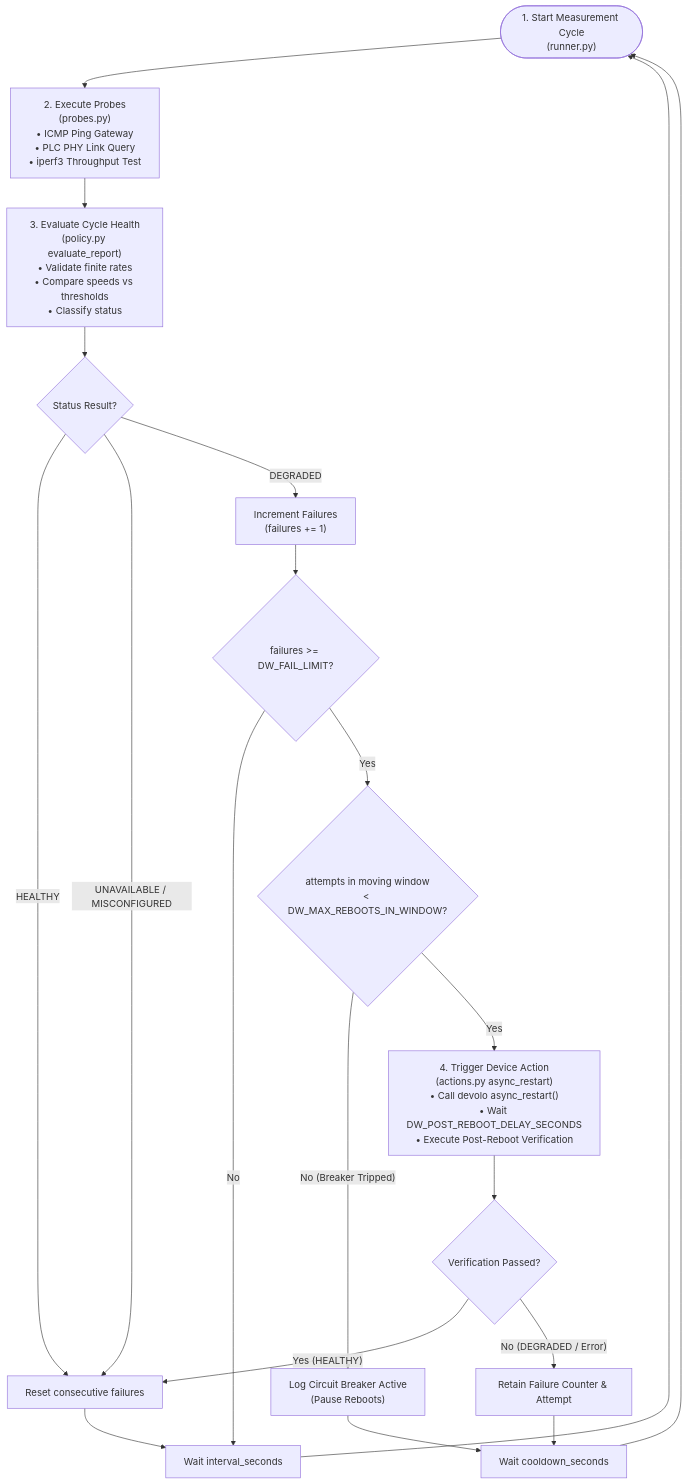
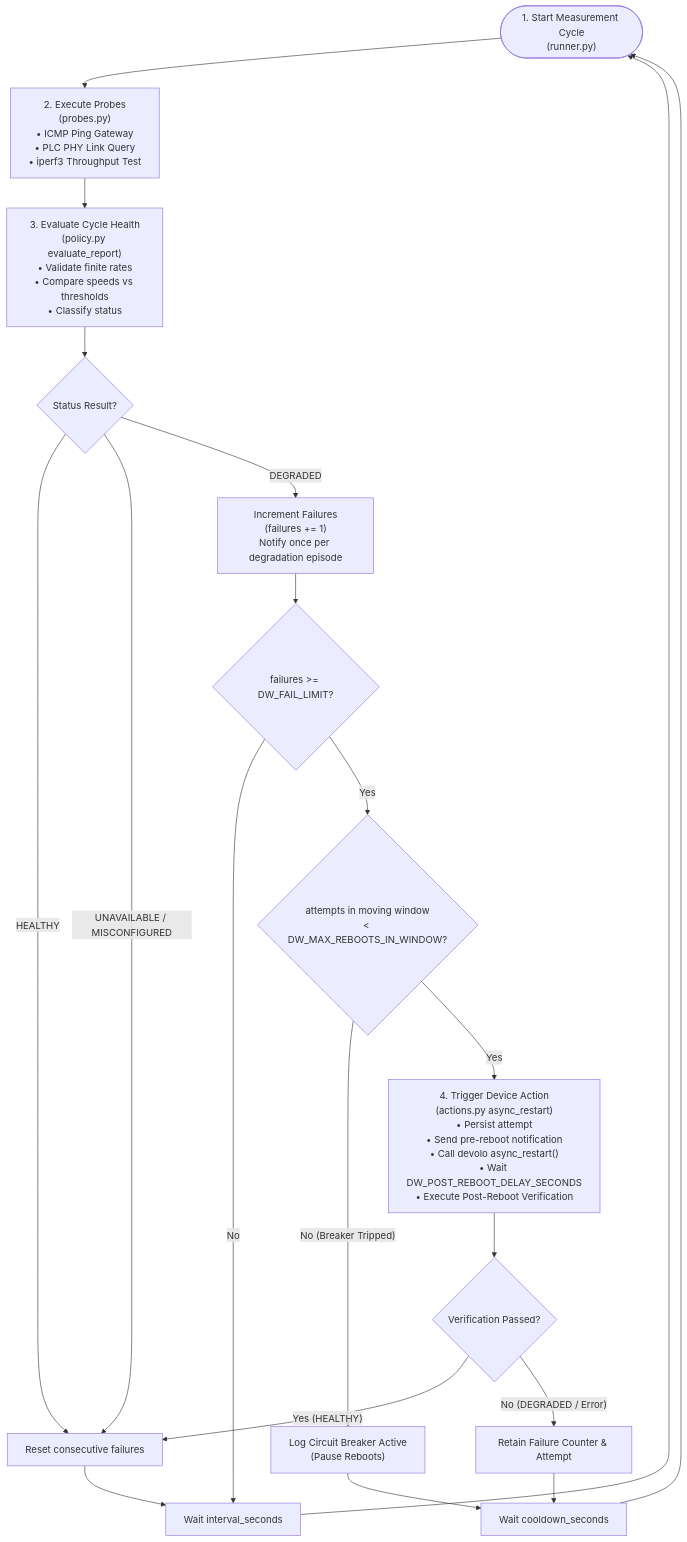
Before and after one commit to valentinsviridov/devolo-throughput-watchdog: the second of 3 diagrams in README.md, drawn with Mermaid. The commit also changed other lines of this file and 17 other files, not shown here.

Commit message:
feat: add ntfy integration to send notifications in case of network degradation / devolo restart

````diff
--- a/README.md
+++ b/README.md
@@ -66,28 +69,28 @@
 ```mermaid
 graph TD
     Start(["1. Start Measurement Cycle<br/>(runner.py)"]) --> ProbeStep["2. Execute Probes<br/>(probes.py)<br/>• ICMP Ping Gateway<br/>• PLC PHY Link Query<br/>• iperf3 Throughput Test"]
 
     ProbeStep --> EvalStep["3. Evaluate Cycle Health<br/>(policy.py evaluate_report)<br/>• Validate finite rates<br/>• Compare speeds vs thresholds<br/>• Classify status"]
 
     EvalStep --> CheckStatus{"Status Result?"}
 
     CheckStatus -- "HEALTHY" --> ResetCounter["Reset consecutive failures"]
     CheckStatus -- "UNAVAILABLE / MISCONFIGURED" --> ResetCounter
-    CheckStatus -- "DEGRADED" --> IncCounter["Increment Failures<br/>(failures += 1)"]
+    CheckStatus -- "DEGRADED" --> IncCounter["Increment Failures<br/>(failures += 1)<br/>Notify once per degradation episode"]
 
     IncCounter --> CheckFailLimit{"failures >= DW_FAIL_LIMIT?"}
     CheckFailLimit -- "No" --> WaitInterval["Wait interval_seconds"]
 
     CheckFailLimit -- "Yes" --> CheckBreaker{"attempts in moving window<br/>< DW_MAX_REBOOTS_IN_WINDOW?"}
     CheckBreaker -- "No (Breaker Tripped)" --> LogBreaker["Log Circuit Breaker Active<br/>(Pause Reboots)"] --> WaitCooldown["Wait cooldown_seconds"]
 
-    CheckBreaker -- "Yes" --> RebootStep["4. Trigger Device Action<br/>(actions.py async_restart)<br/>• Call devolo async_restart()<br/>• Wait DW_POST_REBOOT_DELAY_SECONDS<br/>• Execute Post-Reboot Verification"]
+    CheckBreaker -- "Yes" --> RebootStep["4. Trigger Device Action<br/>(actions.py async_restart)<br/>• Persist attempt<br/>• Send pre-reboot notification<br/>• Call devolo async_restart()<br/>• Wait DW_POST_REBOOT_DELAY_SECONDS<br/>• Execute Post-Reboot Verification"]
 
     RebootStep --> CheckVerify{"Verification Passed?"}
     CheckVerify -- "Yes (HEALTHY)" --> ResetCounter
     CheckVerify -- "No (DEGRADED / Error)" --> RetainFailures["Retain Failure Counter & Attempt"] --> WaitCooldown
 
     ResetCounter --> WaitInterval
     WaitInterval --> Start
     WaitCooldown --> Start
 ```
````
